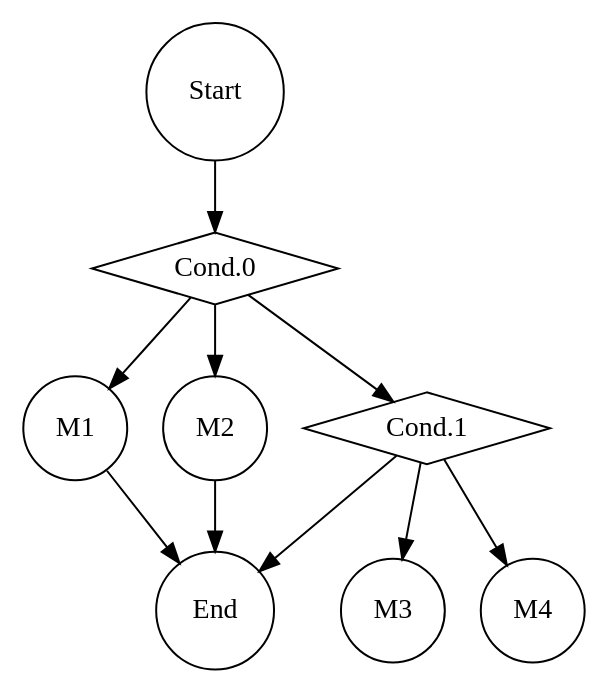
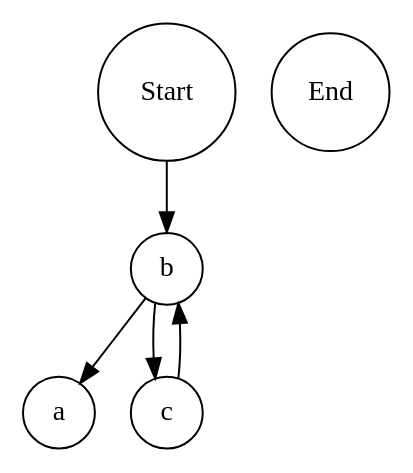
Before and after one commit to yonghun8343/FuncWatch: the diagram in CCG/output.dot, drawn with Graphviz. The commit also changed 4 other files, not shown here.

```diff
--- a/CCG/output.dot
+++ b/CCG/output.dot
@@ -1,19 +1,11 @@
 strict digraph {
   "global:Start" [label=Start,shape=circle,type=EntryPoint]
-  "global:Cond.0" [label="Cond.0",shape=diamond,type=Condition]
-  "global:Cond.1" [label="Cond.1",shape=diamond,type=Condition]
   "global:End" [label=End,shape=circle,type=ExitPoint]
-  "global:M1" [label=M1,shape=circle,type=FunctionDeclaration]
-  "global:M2" [label=M2,shape=circle,type=FunctionDeclaration]
-  "global:M3" [label=M3,shape=circle,type=FunctionDeclaration]
-  "global:M4" [label=M4,shape=circle,type=FunctionDeclaration]
-  "global:Start" -> "global:Cond.0" [type=call]
-  "global:Cond.0" -> "global:M1" [type=control]
-  "global:Cond.0" -> "global:M2" [type=control]
-  "global:Cond.0" -> "global:Cond.1" [type=call]
-  "global:Cond.1" -> "global:M3" [type=control]
-  "global:Cond.1" -> "global:M4" [type=control]
-  "global:Cond.1" -> "global:End" [type=control]
-  "global:M2" -> "global:End" [type=control]
-  "global:M1" -> "global:End" [type=control]
+  "global:a" [label=a,shape=circle,type=FunctionDeclaration]
+  "global:b" [label=b,shape=circle,type=FunctionDeclaration]
+  "global:c" [label=c,shape=circle,type=FunctionDeclaration]
+  "global:b" -> "global:a" [type=call]
+  "global:c" -> "global:b" [type=call]
+  "global:Start" -> "global:b" [type=call]
+  "global:b" -> "global:c" [type=call]
 }
```
